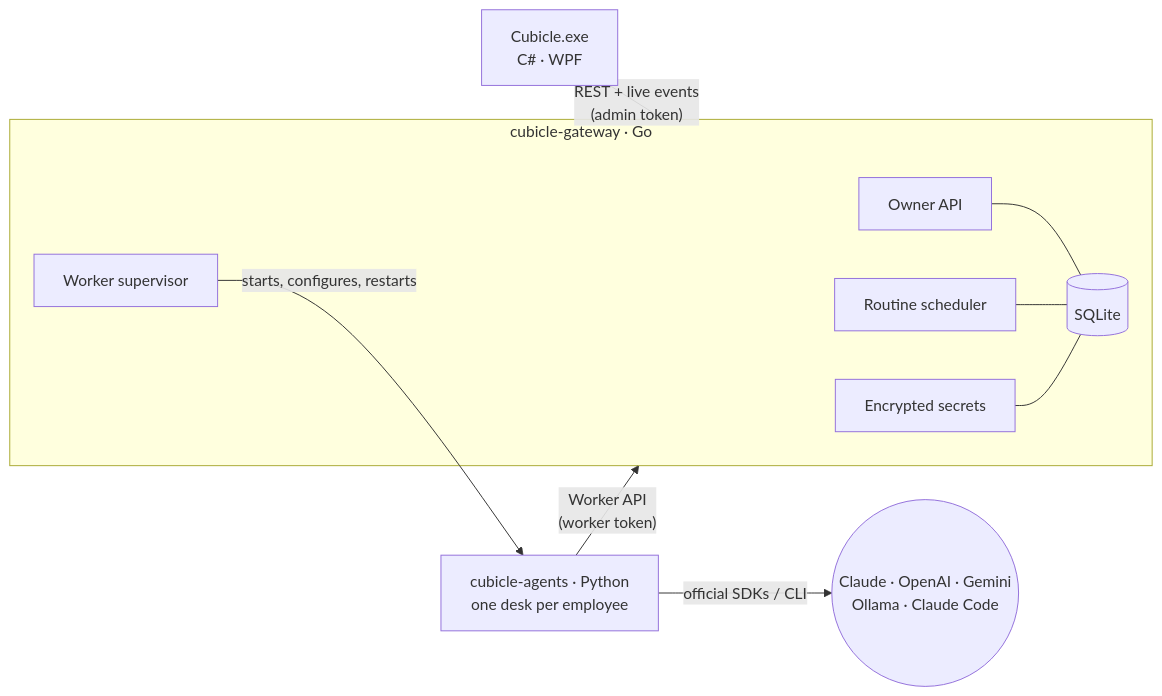
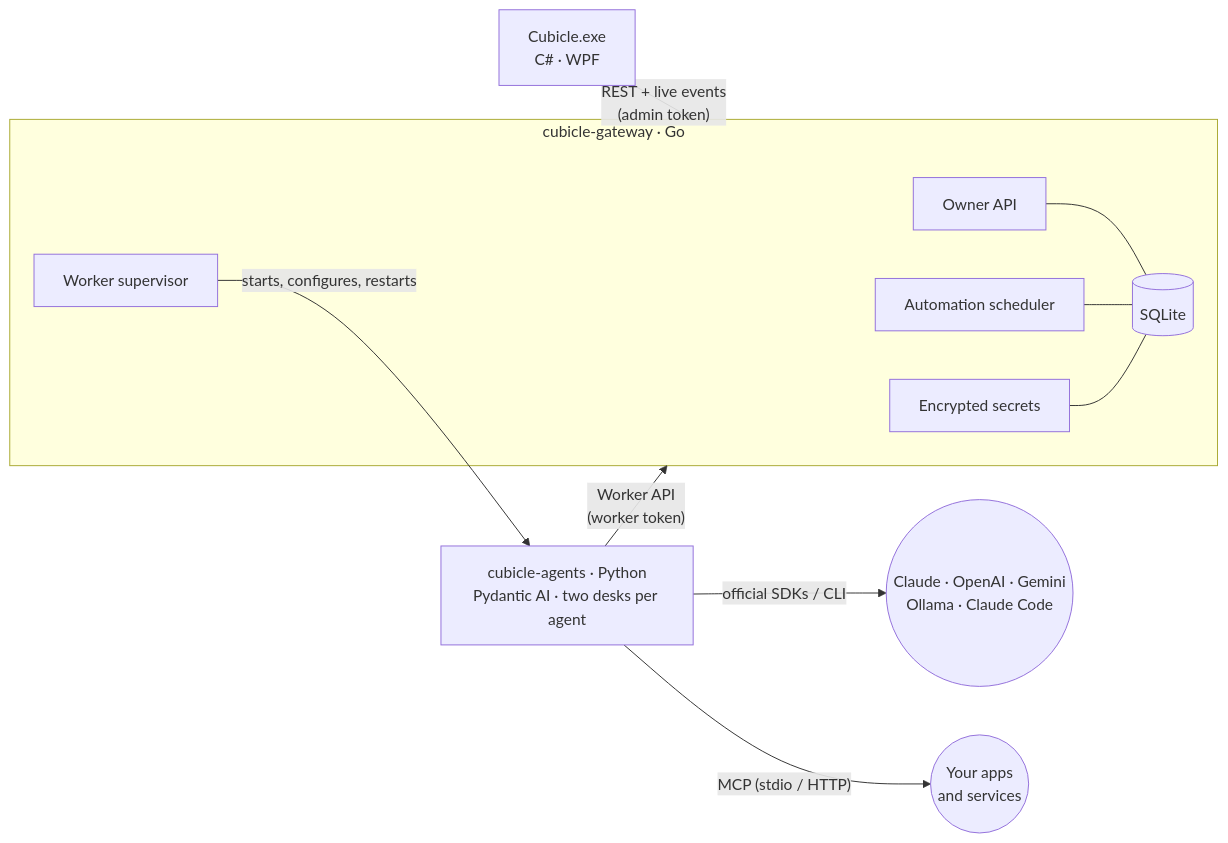
One commit to Pro-Sifat-Hasan/cubicle changed the diagram in docs/ARCHITECTURE.md. Above: the diagram before and after it, drawn with Mermaid. The commit also changed other lines of this file and 5 other files, not shown here.

First line of the commit message:
docs: document agents, chat, MCP servers, skills, plugins and automations

````diff
--- a/docs/ARCHITECTURE.md
+++ b/docs/ARCHITECTURE.md
@@ -5,13 +5,14 @@
 ```mermaid
 flowchart LR
     UI["Cubicle.exe<br/>C# · WPF"] -- "REST + live events<br/>(admin token)" --> GW
     subgraph GW["cubicle-gateway · Go"]
         API["Owner API"] --- DB[("SQLite")]
-        SCH["Routine scheduler"] --- DB
+        SCH["Automation scheduler"] --- DB
         SEC["Encrypted secrets"] --- DB
         SUP["Worker supervisor"]
     end
     SUP -- "starts, configures, restarts" --> AG
-    AG["cubicle-agents · Python<br/>one desk per employee"] -- "Worker API<br/>(worker token)" --> GW
+    AG["cubicle-agents · Python<br/>Pydantic AI · two desks per agent"] -- "Worker API<br/>(worker token)" --> GW
     AG -- "official SDKs / CLI" --> LLM(("Claude · OpenAI · Gemini<br/>Ollama · Claude Code"))
+    AG -- "MCP (stdio / HTTP)" --> MCP(("Your apps<br/>and services"))
 ```
````
